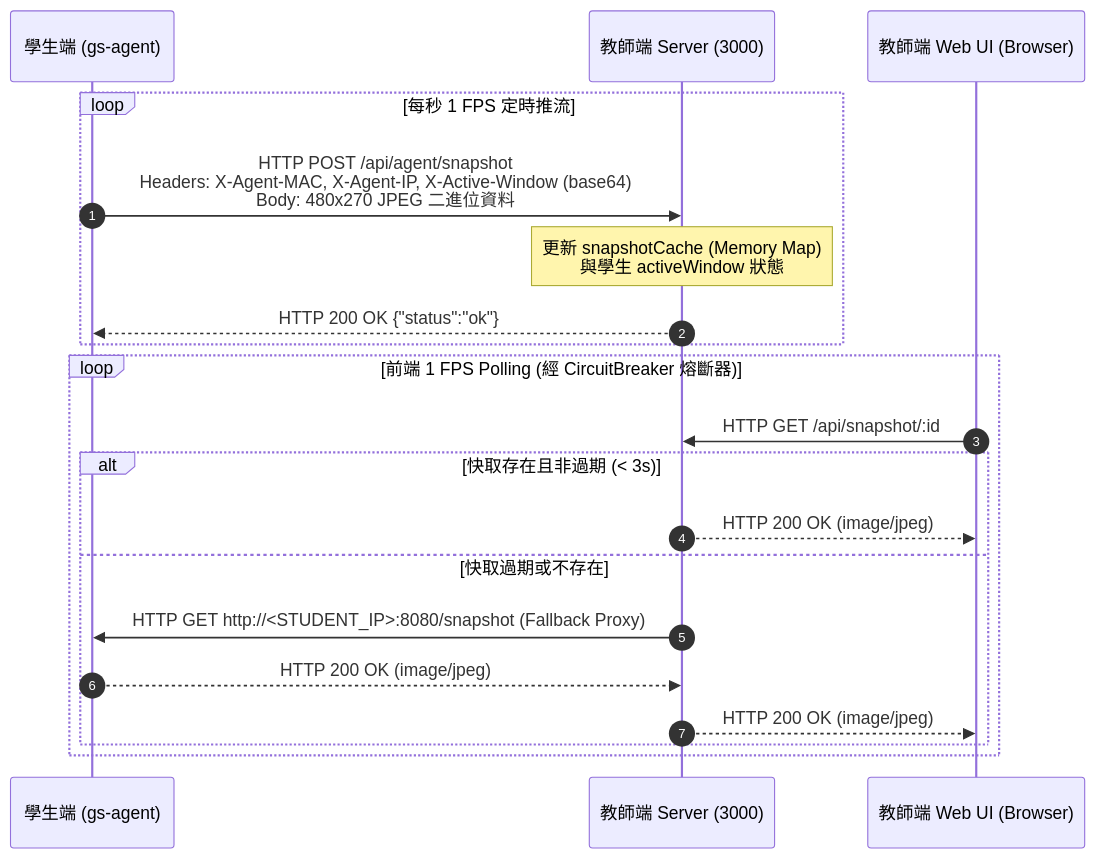
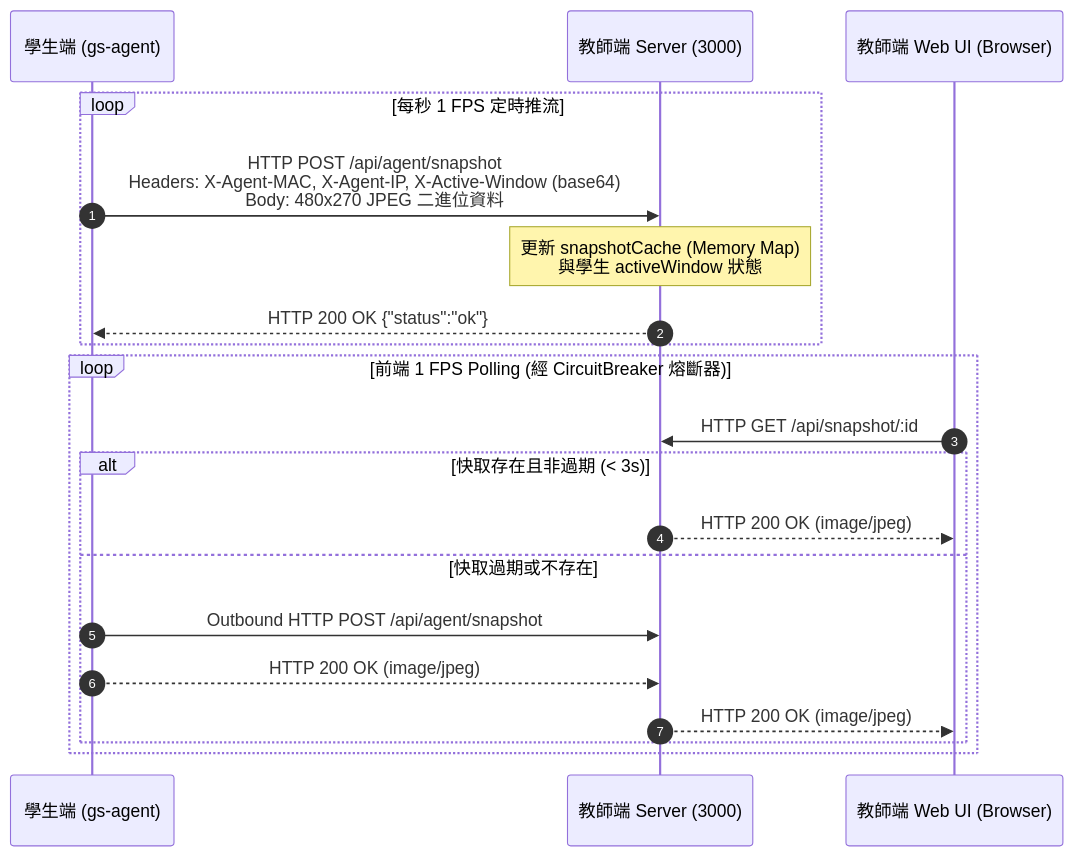
The second of 4 diagrams in docs/protocol_spec.md (zzlee/gridsight), drawn with Mermaid before and after one commit. The commit also changed other lines of this file and 16 other files, not shown here.

````diff
--- a/docs/protocol_spec.md
+++ b/docs/protocol_spec.md
@@ -41,24 +40,24 @@
 ```mermaid
 sequenceDiagram
     autonumber
     participant Student as 學生端 (gs-agent)
     participant Teacher as 教師端 Server (3000)
     participant Browser as 教師端 Web UI (Browser)
 
     loop 每秒 1 FPS 定時推流
         Student->>Teacher: HTTP POST /api/agent/snapshot<br/>Headers: X-Agent-MAC, X-Agent-IP, X-Active-Window (base64)<br/>Body: 480x270 JPEG 二進位資料
         Note over Teacher: 更新 snapshotCache (Memory Map)<br/>與學生 activeWindow 狀態
         Teacher-->>Student: HTTP 200 OK {"status":"ok"}
     end
 
     loop 前端 1 FPS Polling (經 CircuitBreaker 熔斷器)
         Browser->>Teacher: HTTP GET /api/snapshot/:id
         alt 快取存在且非過期 (< 3s)
             Teacher-->>Browser: HTTP 200 OK (image/jpeg)
         else 快取過期或不存在
-            Teacher->>Student: HTTP GET http://<STUDENT_IP>:8080/snapshot (Fallback Proxy)
+            Student->>Teacher: Outbound HTTP POST /api/agent/snapshot
             Student-->>Teacher: HTTP 200 OK (image/jpeg)
             Teacher-->>Browser: HTTP 200 OK (image/jpeg)
         end
     end
 ```
````
